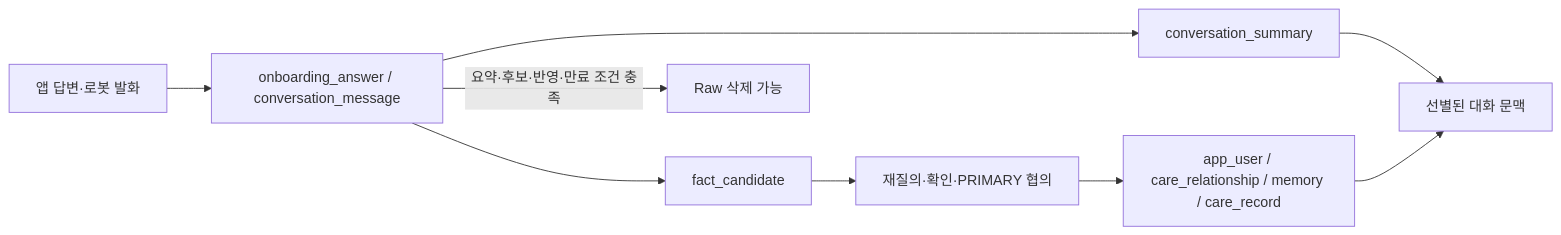
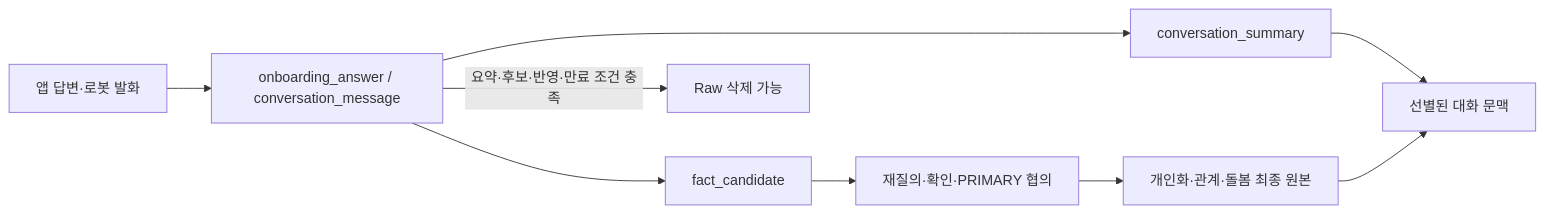
One commit to bomi-aiot/BOMI changed the diagram in docs/database/README.md. Above: the diagram before and after it, drawn with Mermaid. The commit also changed other lines of this file and 406 other files, not shown here.

````diff
--- a/docs/database/README.md
+++ b/docs/database/README.md
@@ -37,11 +41,11 @@
 ```mermaid
 flowchart LR
   Input["앱 답변·로봇 발화"] --> Raw["onboarding_answer / conversation_message"]
   Raw --> Candidate["fact_candidate"]
   Candidate --> Verify["재질의·확인·PRIMARY 협의"]
-  Verify --> Final["app_user / care_relationship / memory / care_record"]
+  Verify --> Final["개인화·관계·돌봄 최종 원본"]
   Raw --> Summary["conversation_summary"]
   Summary --> Context["선별된 대화 문맥"]
   Final --> Context
   Raw -->|요약·후보·반영·만료 조건 충족| Delete["Raw 삭제 가능"]
 ```
````
